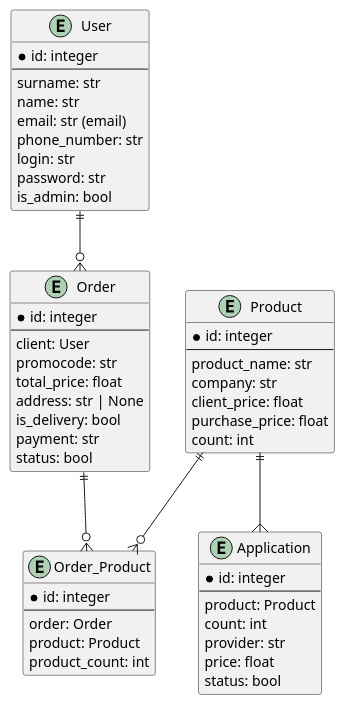
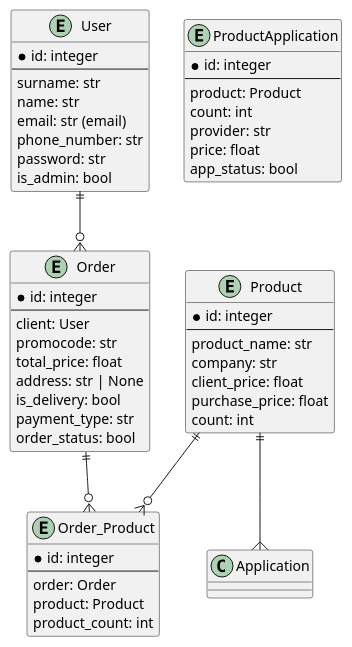
The diagram in docs/ER-diagramm.pu (Dmitriy-M1319/CrystalApp), drawn with PlantUML before and after one commit. The commit also changed 11 other files, not shown here.

```diff
--- a/docs/ER-diagramm.pu
+++ b/docs/ER-diagramm.pu
@@ -1,54 +1,53 @@
 @startuml ER-диаграмма для базы данных
 entity Product {
     * id: integer
     --
     product_name: str
     company: str
     client_price: float
     purchase_price: float
     count: int
 }
 entity User {
     * id: integer
     --
     surname: str
     name: str
     email: str (email)
     phone_number: str
-    login: str
     password: str
     is_admin: bool
 }
 entity Order {
     * id: integer
     --
     client: User
     promocode: str
     total_price: float
     address: str | None
     is_delivery: bool
-    payment: str
-    status: bool
+    payment_type: str
+    order_status: bool
 }
 entity Order_Product {
     * id: integer
     --
     order: Order
     product: Product
     product_count: int
 }
-entity Application {
+entity ProductApplication {
     * id: integer
     --
     product: Product
     count: int
     provider: str
     price: float
-    status: bool
+    app_status: bool
 }
 
 User ||--o{ Order
 Product ||--o{ Order_Product
 Order ||--o{ Order_Product
 Product ||--{ Application
 @enduml
```
